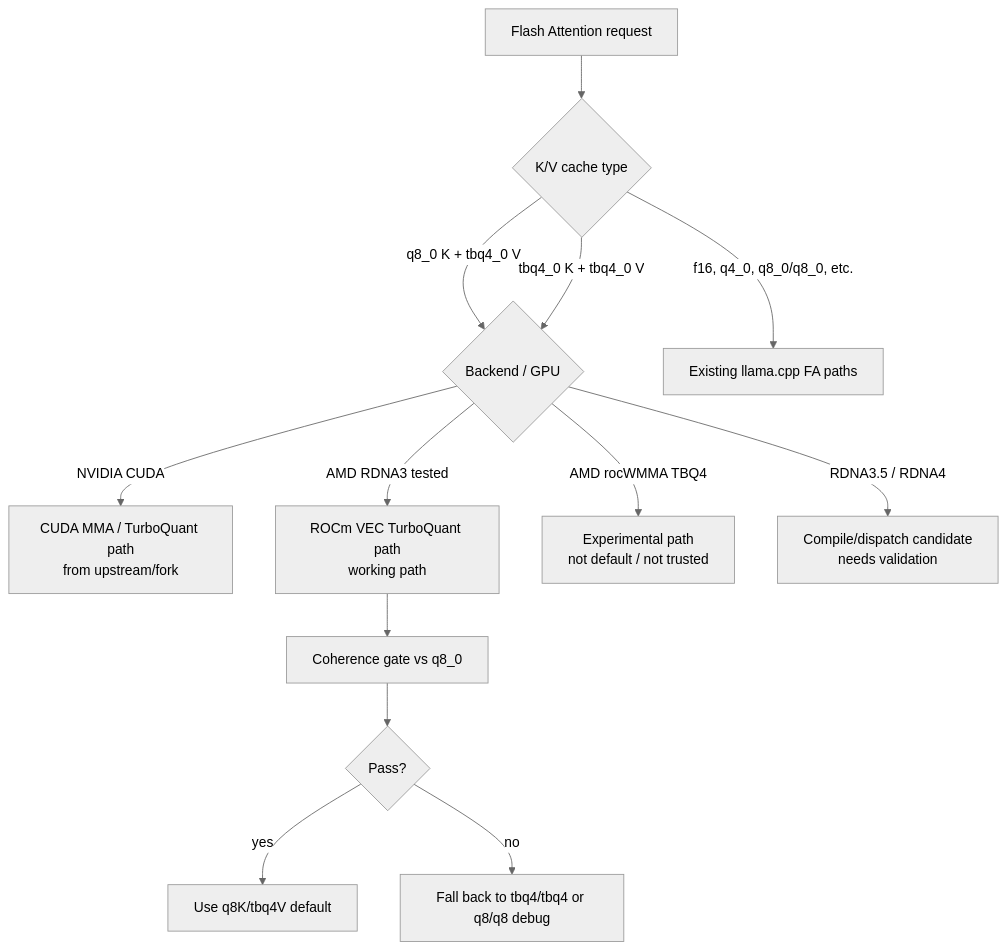
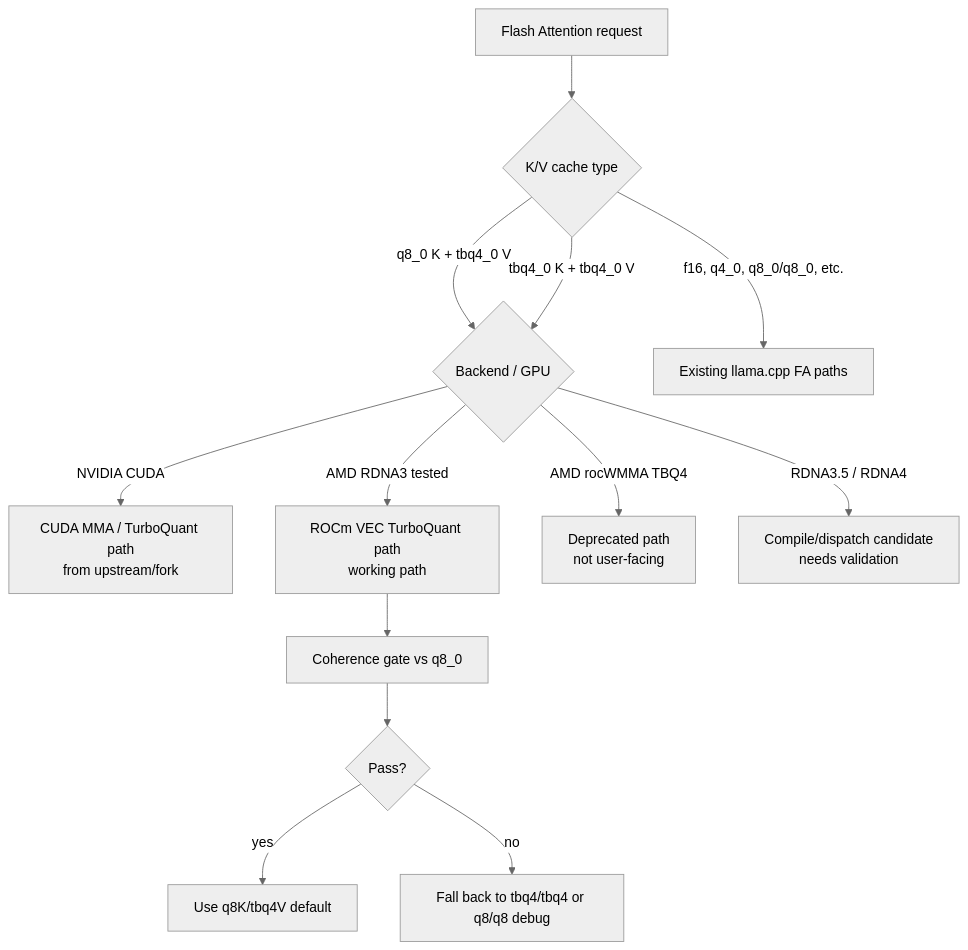
Before and after one commit to DrBearJew/RoxxY: the second of 2 diagrams in README.md, drawn with Mermaid (neutral theme). The commit also changed other lines of this file, not shown here.

Commit message:
docs: deprecate rocWMMA and move ROCm results

````diff
--- a/README.md
+++ b/README.md
@@ -193,18 +106,18 @@
 ```mermaid
 flowchart TD
     A[Flash Attention request] --> B{K/V cache type}
 
     B -->|q8_0 K + tbq4_0 V| C{Backend / GPU}
     B -->|tbq4_0 K + tbq4_0 V| C
     B -->|f16, q4_0, q8_0/q8_0, etc.| D[Existing llama.cpp FA paths]
 
     C -->|NVIDIA CUDA| E[CUDA MMA / TurboQuant path<br/>from upstream/fork]
     C -->|AMD RDNA3 tested| F[ROCm VEC TurboQuant path<br/>working path]
-    C -->|AMD rocWMMA TBQ4| G[Experimental path<br/>not default / not trusted]
+    C -->|AMD rocWMMA TBQ4| G[Deprecated path<br/>not user-facing]
     C -->|RDNA3.5 / RDNA4| H[Compile/dispatch candidate<br/>needs validation]
 
     F --> I[Coherence gate vs q8_0]
     I --> J{Pass?}
     J -->|yes| K[Use q8K/tbq4V default]
     J -->|no| L[Fall back to tbq4/tbq4 or q8/q8 debug]
 ```
````
